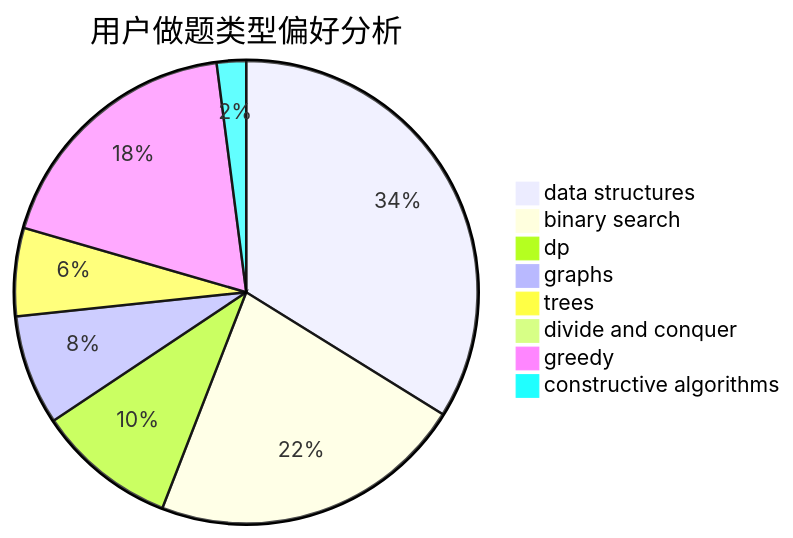
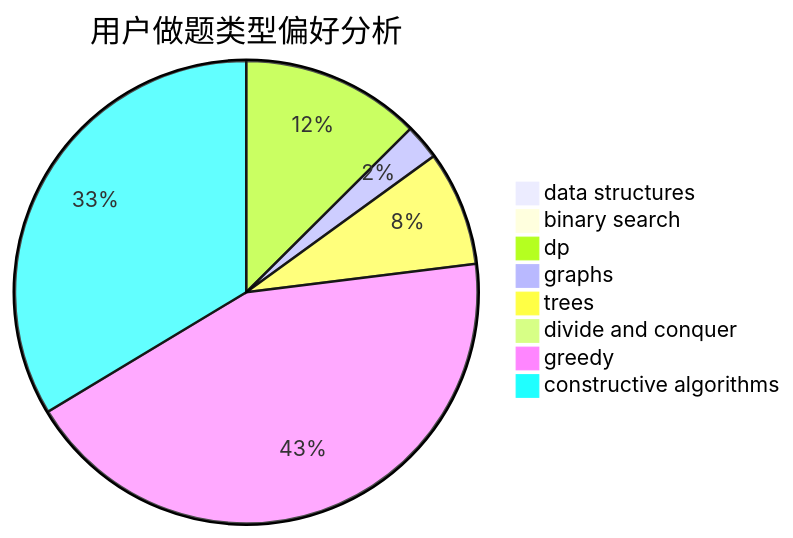
One commit to sherpahu/cfrs.github.io changed the second of 3 diagrams in docs/user/u2237.md. Above: the diagram before and after it, drawn with Mermaid. The commit also changed other lines of this file and 2770 other files, not shown here.

````diff
--- a/docs/user/u2237.md
+++ b/docs/user/u2237.md
@@ -23,11 +23,11 @@
 ```mermaid
 pie title 用户做题类型偏好分析
-    "data structures" :  66
-    "binary search" :  43
-    "dp" :  19
-    "graphs" :  15
-    "trees" :  12
+    "data structures" :  9
+    "binary search" :  0
+    "dp" :  142
+    "graphs" :  28
+    "trees" :  91
     "divide and conquer" :  0
-    "greedy" :  36
-    "constructive algorithms" :  4
+    "greedy" :  491
+    "constructive algorithms" :  381
 ```
````
